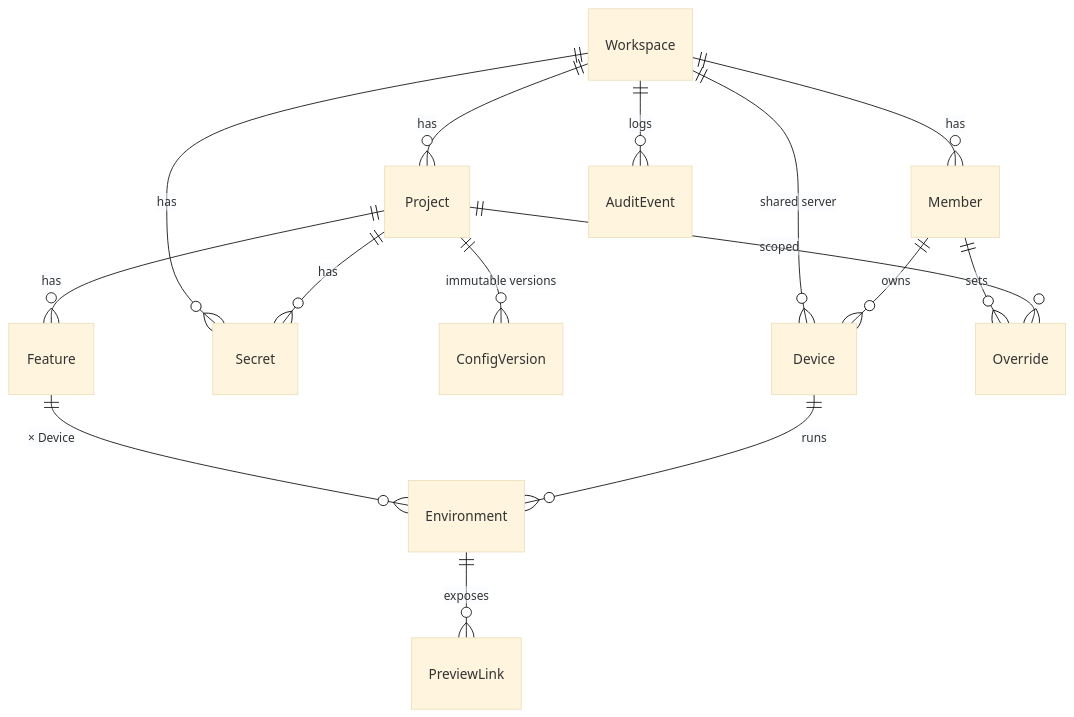
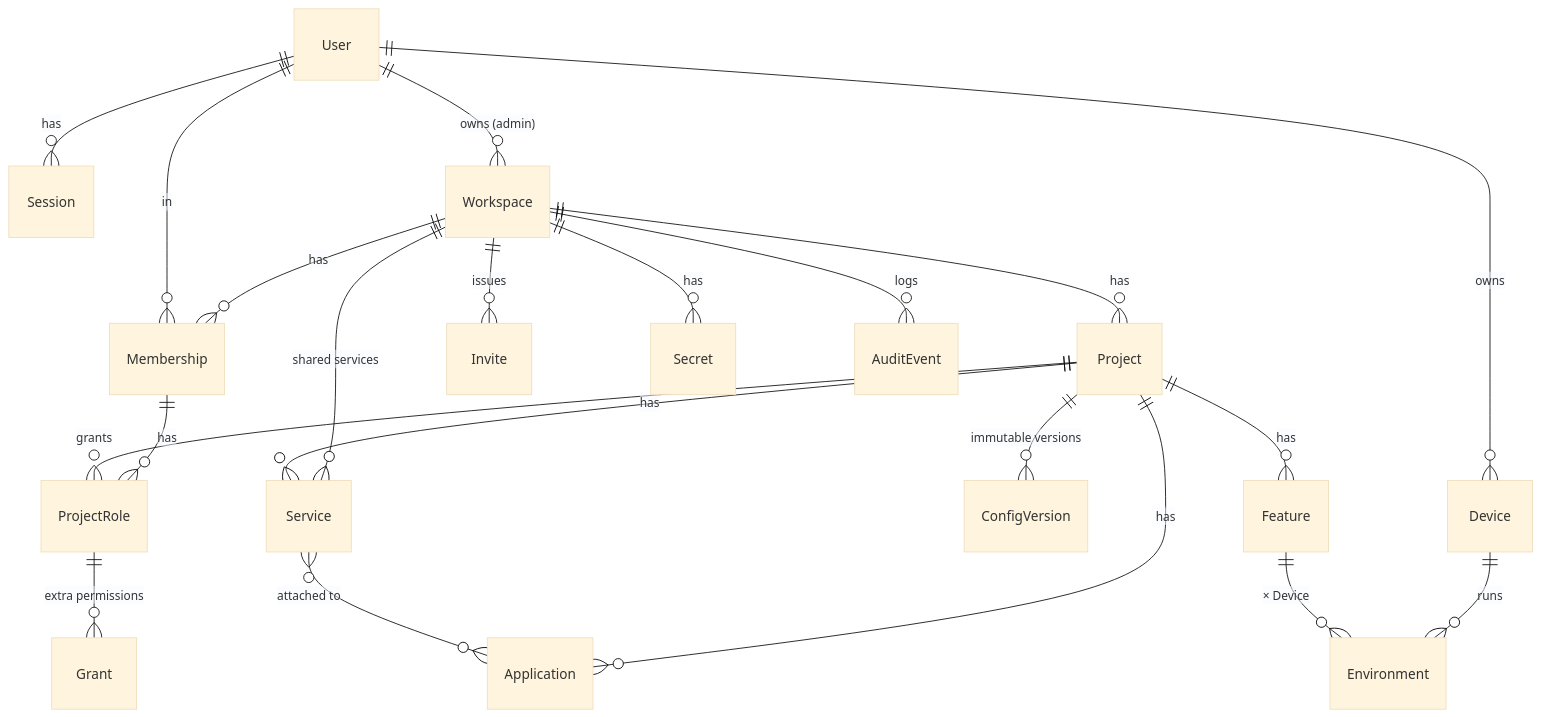
One commit to amalychev/devopus changed the third of 3 diagrams in docs/architecture/overview.md. Above: the diagram before and after it, drawn with Mermaid (base theme). The commit also changed other lines of this file and 22 other files, not shown here.

First line of the commit message:
docs: new product model — workspace, project, applications, services; roles, auth, refactoring plan

````diff
--- a/docs/architecture/overview.md
+++ b/docs/architecture/overview.md
@@ -83,17 +98,23 @@
 ```mermaid
 erDiagram
-    Workspace ||--o{ Member : has
+    User ||--o{ Session : has
+    User ||--o{ Workspace : "owns (admin)"
+    Workspace ||--o{ Membership : has
+    User ||--o{ Membership : in
+    Membership ||--o{ ProjectRole : has
+    Project ||--o{ ProjectRole : grants
+    ProjectRole ||--o{ Grant : "extra permissions"
+    Workspace ||--o{ Invite : issues
     Workspace ||--o{ Project : has
-    Workspace ||--o{ Device : "shared server"
+    Workspace ||--o{ Service : "shared services"
+    Project ||--o{ Application : has
+    Project ||--o{ Service : has
+    Service }o--o{ Application : "attached to"
+    Project ||--o{ ConfigVersion : "immutable versions"
+    Project ||--o{ Feature : has
+    User ||--o{ Device : owns
+    Device ||--o{ Environment : runs
+    Feature ||--o{ Environment : "× Device"
     Workspace ||--o{ Secret : has
     Workspace ||--o{ AuditEvent : logs
-    Member ||--o{ Device : owns
-    Project ||--o{ ConfigVersion : "immutable versions"
-    Project ||--o{ Feature : has
-    Project ||--o{ Secret : has
-    Member ||--o{ Override : sets
-    Project ||--o{ Override : scoped
-    Feature ||--o{ Environment : "× Device"
-    Device ||--o{ Environment : runs
-    Environment ||--o{ PreviewLink : exposes
 ```
````
